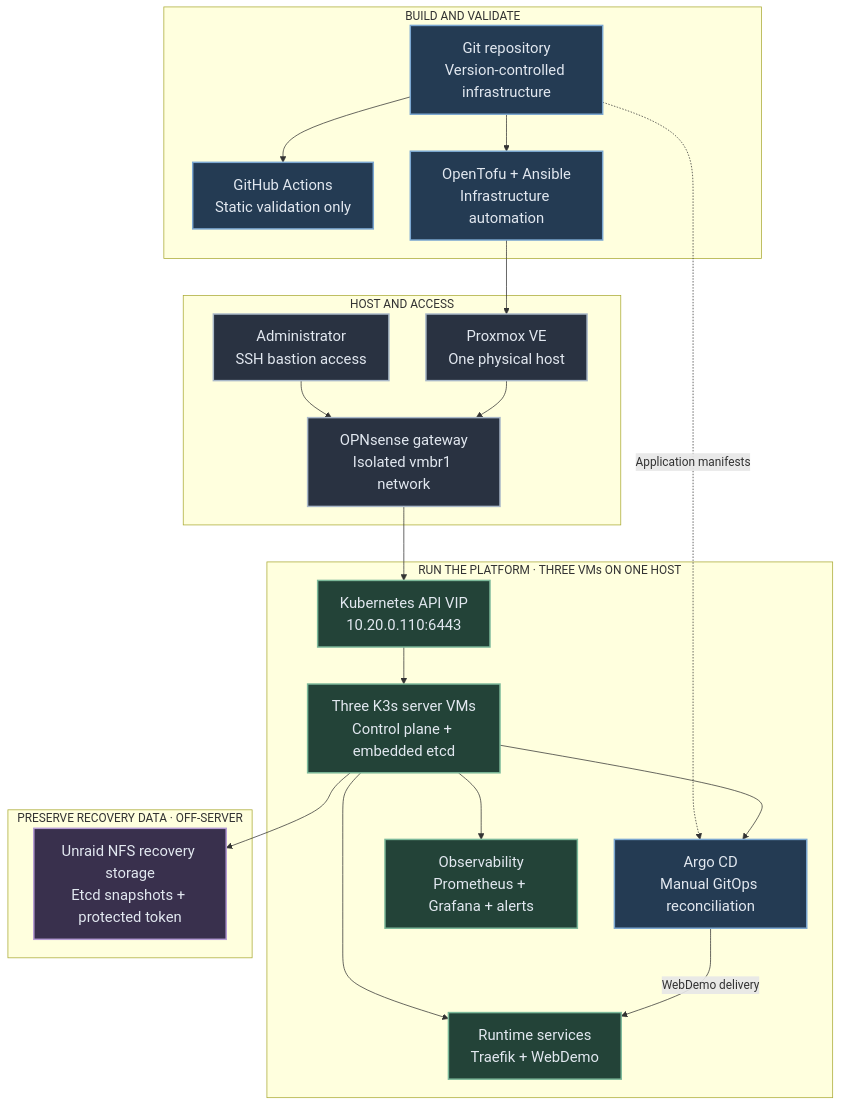
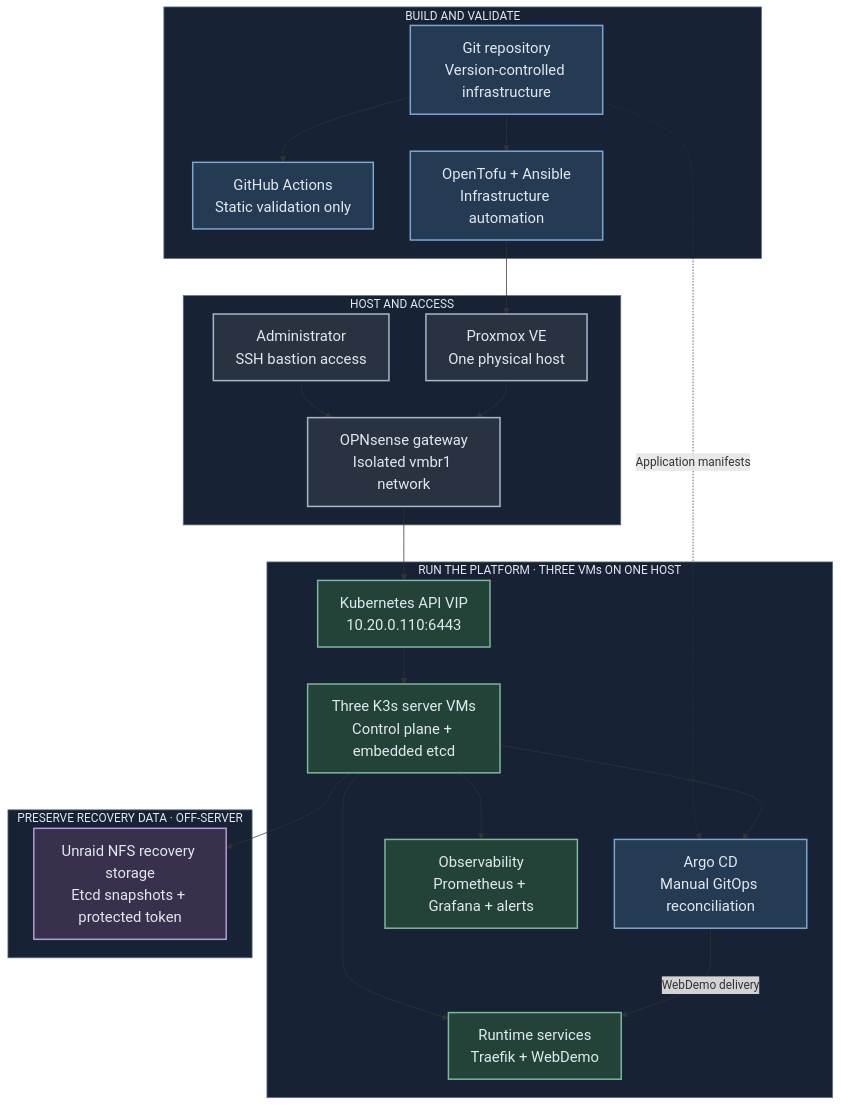
Before and after one commit to Capasiter/homelab-portfolio: the first of 3 diagrams in README.md, drawn with Mermaid. The commit also changed other lines of this file, not shown here.

Commit message:
docs: retain muted backgrounds around architecture groups

````diff
--- a/README.md
+++ b/README.md
@@ -32,45 +32,49 @@
 ```mermaid
 flowchart TB
     subgraph Build["BUILD AND VALIDATE"]
         Git["Git repository<br/>Version-controlled infrastructure"]
         CI["GitHub Actions<br/>Static validation only"]
         Automation["OpenTofu + Ansible<br/>Infrastructure automation"]
         Git --> CI
         Git --> Automation
     end
     subgraph Access["HOST AND ACCESS"]
         Proxmox["Proxmox VE<br/>One physical host"]
         Admin["Administrator<br/>SSH bastion access"]
         Gateway["OPNsense gateway<br/>Isolated vmbr1 network"]
         Proxmox --> Gateway
         Admin --> Gateway
     end
     subgraph Platform["RUN THE PLATFORM · THREE VMs ON ONE HOST"]
         VIP["Kubernetes API VIP<br/>10.20.0.110:6443"]
         Cluster["Three K3s server VMs<br/>Control plane + embedded etcd"]
         Argo["Argo CD<br/>Manual GitOps reconciliation"]
         Services["Runtime services<br/>Traefik + WebDemo"]
         Observe["Observability<br/>Prometheus + Grafana + alerts"]
         VIP --> Cluster
         Cluster --> Argo
         Argo -->|WebDemo delivery| Services
         Cluster --> Services
         Cluster --> Observe
     end
     subgraph Recovery["PRESERVE RECOVERY DATA · OFF-SERVER"]
         Backup["Unraid NFS recovery storage<br/>Etcd snapshots + protected token"]
     end
     Automation --> Proxmox
     Gateway --> VIP
     Git -.->|Application manifests| Argo
     Cluster --> Backup
     classDef blue fill:#243b53,stroke:#7ba7d1,color:#e2e8f0,stroke-width:2px,font-size:20px
     classDef green fill:#234338,stroke:#7cb99a,color:#e2e8f0,stroke-width:2px,font-size:20px
     classDef purple fill:#39304d,stroke:#b49bd4,color:#e2e8f0,stroke-width:2px,font-size:20px
     classDef gray fill:#293241,stroke:#a9b8c8,color:#e2e8f0,stroke-width:2px,font-size:20px
     classDef amber fill:#4a3b24,stroke:#d7b77b,color:#e2e8f0,stroke-width:2px,font-size:20px
     class Git,CI,Automation,Argo blue
     class Proxmox,Admin,Gateway gray
     class VIP,Cluster,Services,Observe green
     class Backup purple
+    style Build fill:#182235,stroke:#64748b,color:#e2e8f0
+    style Access fill:#182235,stroke:#64748b,color:#e2e8f0
+    style Platform fill:#182235,stroke:#64748b,color:#e2e8f0
+    style Recovery fill:#182235,stroke:#64748b,color:#e2e8f0
 ```
````
